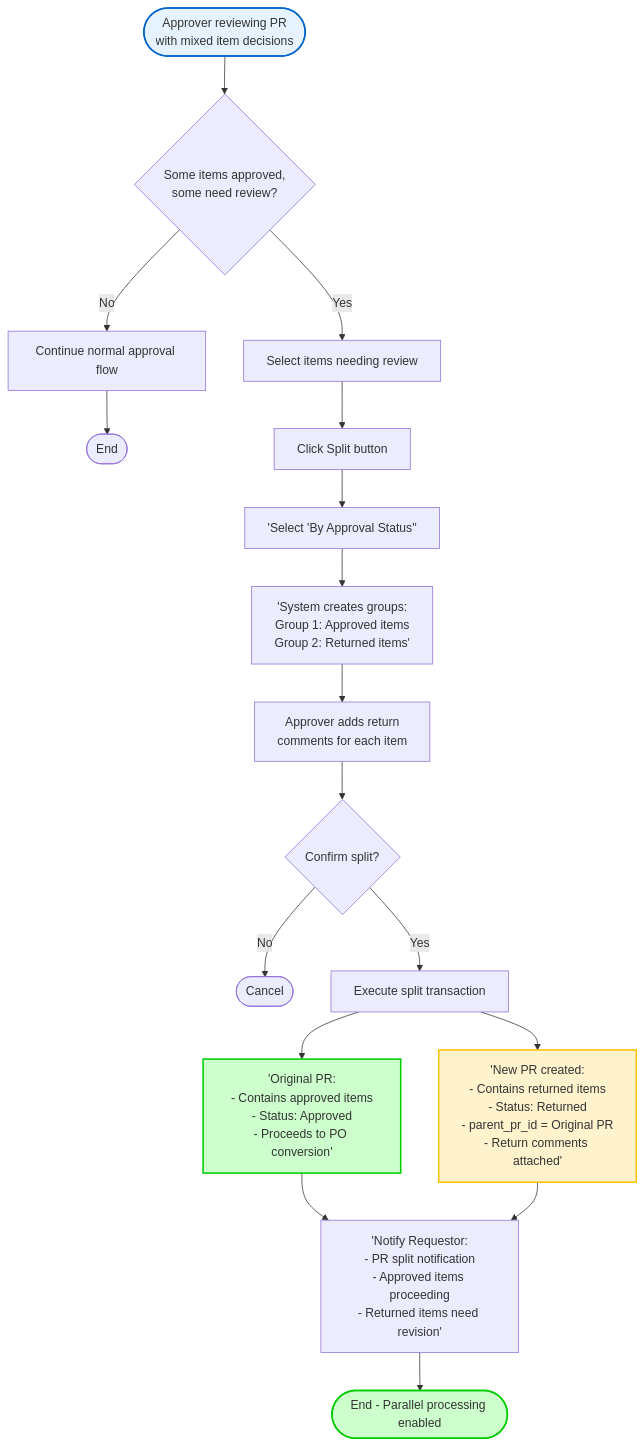
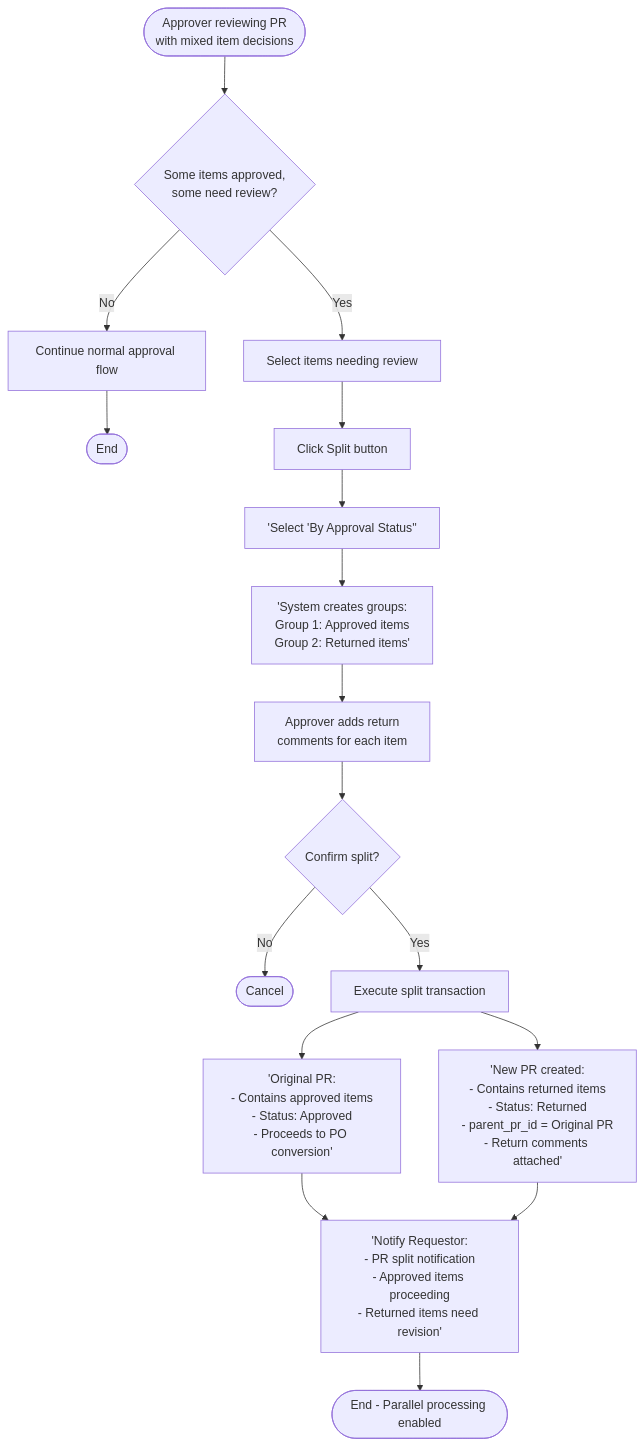
One commit to PeakMNA/carmen changed diagram 16 of 60 in docs/app/procurement/purchase-requests/FD-purchase-requests.md. Above: the diagram before and after it, drawn with Mermaid. The commit also changed other lines of this file and 473 other files, not shown here.

````diff
--- a/docs/app/procurement/purchase-requests/FD-purchase-requests.md
+++ b/docs/app/procurement/purchase-requests/FD-purchase-requests.md
@@ -813,32 +793,27 @@
 ```mermaid
 flowchart TB
     Start([Approver reviewing PR<br>with mixed item decisions]) --> ReviewItems{Some items approved,<br>some need review?}
 
     ReviewItems -->|No| NormalFlow[Continue normal approval flow]
     NormalFlow --> End1([End])
 
     ReviewItems -->|Yes| SelectItems[Select items needing review]
     SelectItems --> ClickSplit[Click Split button]
     ClickSplit --> SelectByStatus['Select 'By Approval Status'']
 
     SelectByStatus --> SystemGroups['System creates groups:<br>Group 1: Approved items<br>Group 2: Returned items']
 
     SystemGroups --> AddComments[Approver adds return<br>comments for each item]
     AddComments --> ConfirmSplit{Confirm split?}
 
     ConfirmSplit -->|No| End2([Cancel])
     ConfirmSplit -->|Yes| ExecuteSplit[Execute split transaction]
 
     ExecuteSplit --> OriginalPR['Original PR:<br>- Contains approved items<br>- Status: Approved<br>- Proceeds to PO conversion']
     ExecuteSplit --> NewPR['New PR created:<br>- Contains returned items<br>- Status: Returned<br>- parent_pr_id = Original PR<br>- Return comments attached']
 
     OriginalPR --> NotifyRequestor['Notify Requestor:<br>- PR split notification<br>- Approved items proceeding<br>- Returned items need revision']
     NewPR --> NotifyRequestor
 
     NotifyRequestor --> End3([End - Parallel processing enabled])
-
-    style Start fill:#e6f3ff,stroke:#0066cc,stroke-width:2px
-    style OriginalPR fill:#ccffcc,stroke:#00cc00,stroke-width:2px
-    style NewPR fill:#fff3cd,stroke:#ffc107,stroke-width:2px
-    style End3 fill:#ccffcc,stroke:#00cc00,stroke-width:2px
 ```
````
